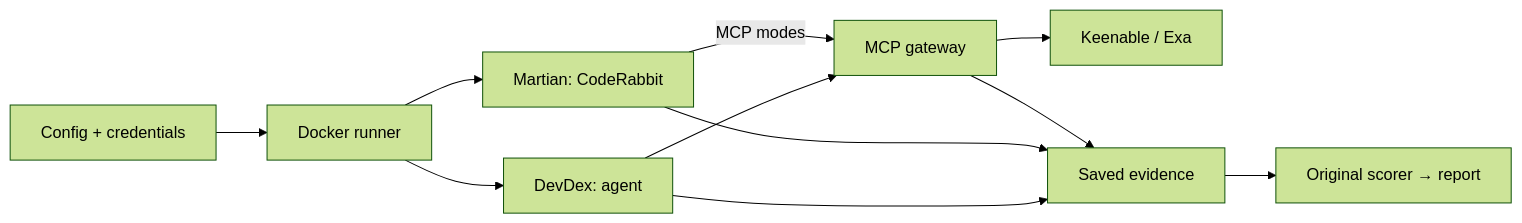
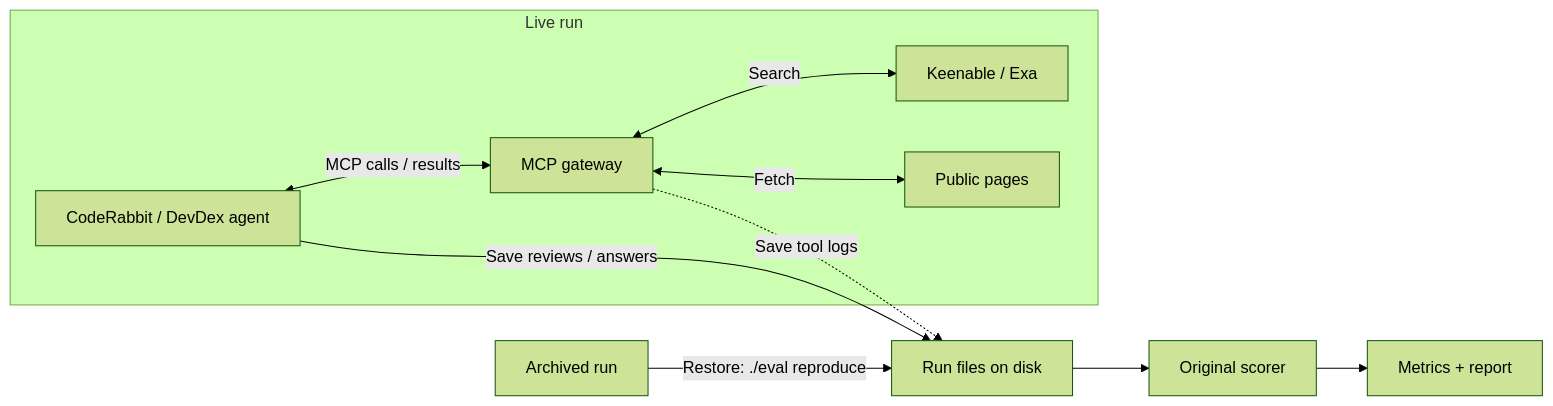
The diagram in README.md (Alpus/keenable-search-eval), drawn with Mermaid (forest theme) before and after one commit. The commit also changed other lines of this file, not shown here.

Commit message:
Clarify live tool flow and offline replay in architecture diagram

````diff
--- a/README.md
+++ b/README.md
@@ -77,13 +77,12 @@
 ```mermaid
 flowchart LR
-    A[Config + credentials] --> B[Docker runner]
-    B --> C[Martian: CodeRabbit]
-    B --> D[DevDex: agent]
-    C -->|MCP modes| E[MCP gateway]
-    D --> E
-    E --> F[Keenable / Exa]
-    E --> G[Saved evidence]
-    C --> G
-    D --> G
-    G --> H[Original scorer → report]
+    subgraph Live[Live run]
+        A[CodeRabbit / DevDex agent] <-->|MCP calls / results| G[MCP gateway]
+        G <-->|Search| P[Keenable / Exa]
+        G <-->|Fetch| W[Public pages]
+    end
+    A -->|Save reviews / answers| E[Run files on disk]
+    G -.->|Save tool logs| E
+    B[Archived run] -->|Restore: ./eval reproduce| E
+    E --> S[Original scorer] --> R[Metrics + report]
 ```
````
